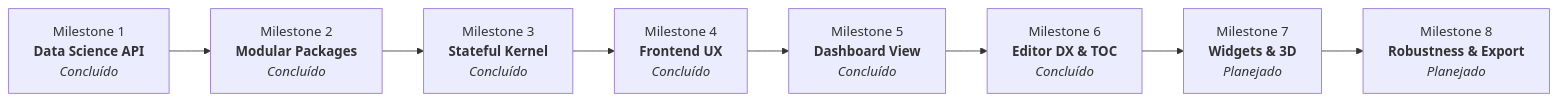
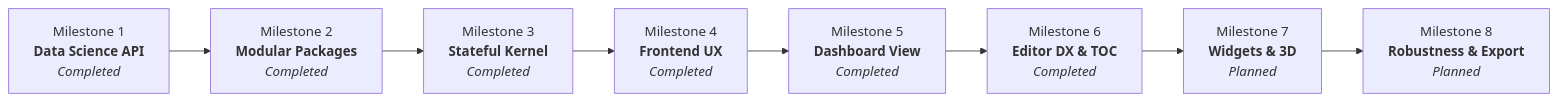
One commit to affonsoelias/BlaiseNotebook changed the diagram in ROADMAP.md. Above: the diagram before and after it, drawn with Mermaid. The commit also changed other lines of this file and 6 other files, not shown here.

Commit message:
docs: translate ROADMAP and documentation fully to English

````diff
--- a/ROADMAP.md
+++ b/ROADMAP.md
@@ -12,10 +12,10 @@
 ```mermaid
 flowchart LR
-    M1["Milestone 1<br/><b>Data Science API</b><br/><i>Concluído</i>"] --> M2["Milestone 2<br/><b>Modular Packages</b><br/><i>Concluído</i>"]
-    M2 --> M3["Milestone 3<br/><b>Stateful Kernel</b><br/><i>Concluído</i>"]
-    M3 --> M4["Milestone 4<br/><b>Frontend UX</b><br/><i>Concluído</i>"]
-    M4 --> M5["Milestone 5<br/><b>Dashboard View</b><br/><i>Concluído</i>"]
-    M5 --> M6["Milestone 6<br/><b>Editor DX & TOC</b><br/><i>Concluído</i>"]
-    M6 --> M7["Milestone 7<br/><b>Widgets & 3D</b><br/><i>Planejado</i>"]
-    M7 --> M8["Milestone 8<br/><b>Robustness & Export</b><br/><i>Planejado</i>"]
+    M1["Milestone 1<br/><b>Data Science API</b><br/><i>Completed</i>"] --> M2["Milestone 2<br/><b>Modular Packages</b><br/><i>Completed</i>"]
+    M2 --> M3["Milestone 3<br/><b>Stateful Kernel</b><br/><i>Completed</i>"]
+    M3 --> M4["Milestone 4<br/><b>Frontend UX</b><br/><i>Completed</i>"]
+    M4 --> M5["Milestone 5<br/><b>Dashboard View</b><br/><i>Completed</i>"]
+    M5 --> M6["Milestone 6<br/><b>Editor DX & TOC</b><br/><i>Completed</i>"]
+    M6 --> M7["Milestone 7<br/><b>Widgets & 3D</b><br/><i>Planned</i>"]
+    M7 --> M8["Milestone 8<br/><b>Robustness & Export</b><br/><i>Planned</i>"]
 ```
````
